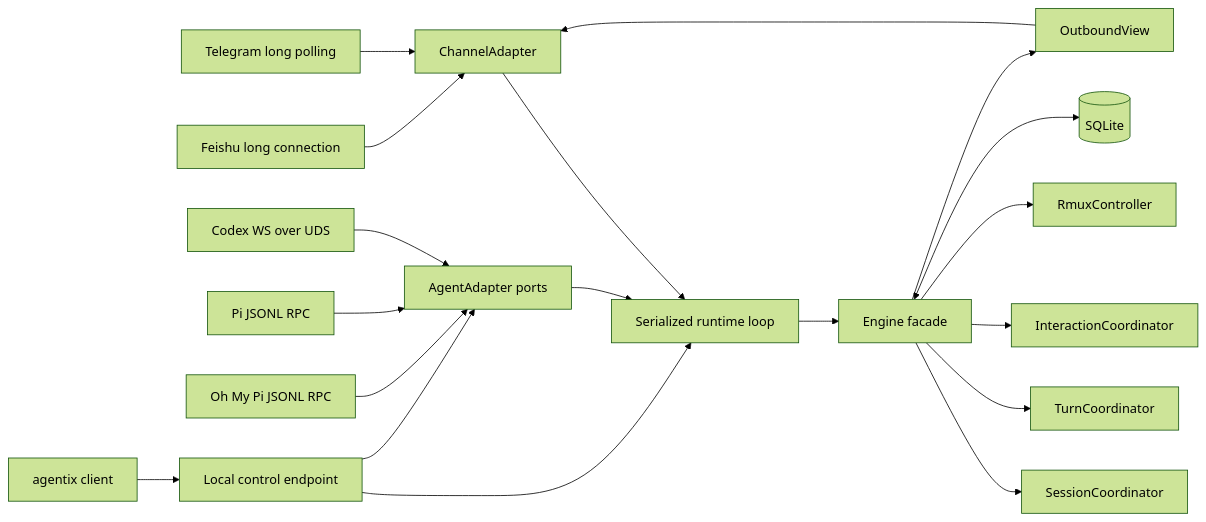
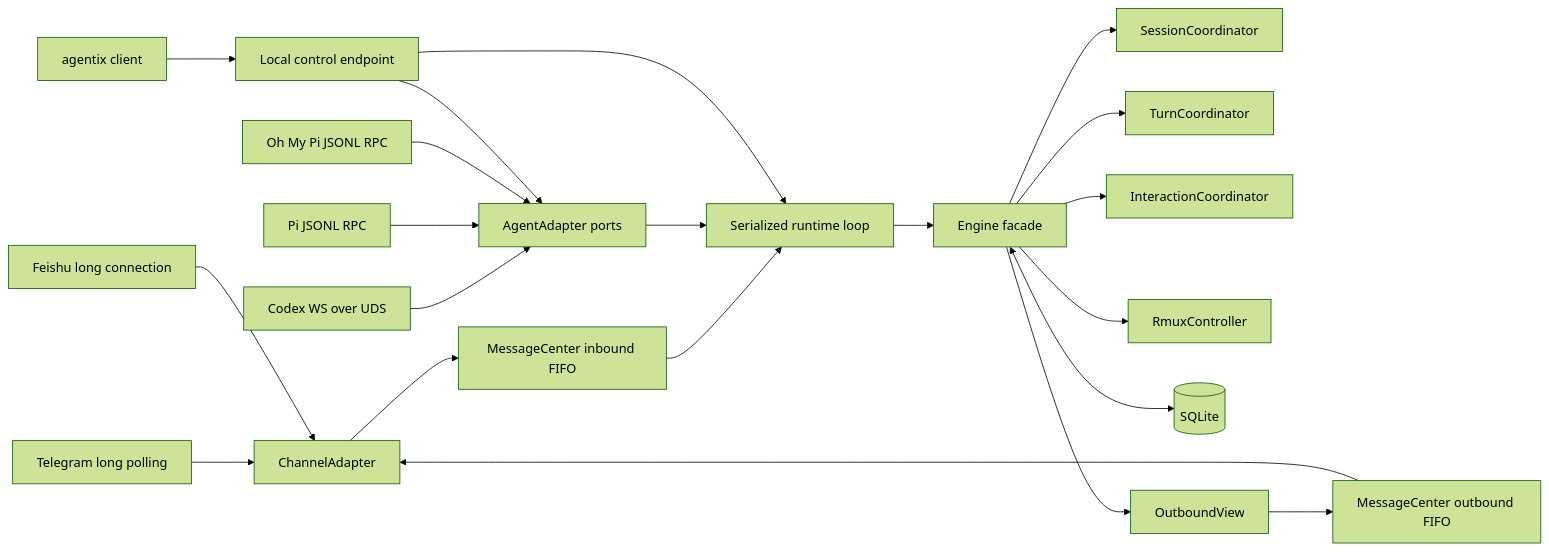
The first of 2 diagrams in docs/architecture.md (tenfyzhong/agentix), drawn with Mermaid (forest theme) before and after one commit. The commit also changed other lines of this file and 10 other files, not shown here.

Commit message:
refactor: route IM traffic through a duplex FIFO message center

````diff
--- a/docs/architecture.md
+++ b/docs/architecture.md
@@ -7,21 +7,23 @@
 ```mermaid
 flowchart LR
     TG[Telegram long polling] --> CA[ChannelAdapter]
     FS[Feishu long connection] --> CA
-    CA --> RT[Serialized runtime loop]
+    CA --> IN[MessageCenter inbound FIFO]
+    IN --> RT[Serialized runtime loop]
     AA --> RT
     RT --> E[Engine facade]
     E --> SC[SessionCoordinator]
     E --> TC[TurnCoordinator]
     E --> IC[InteractionCoordinator]
     E --> RC[RmuxController]
     E <--> DB[(SQLite)]
     E --> AV[OutboundView]
-    AV --> CA
+    AV --> OUT[MessageCenter outbound FIFO]
+    OUT --> CA
     CX[Codex WS over UDS] --> AA[AgentAdapter ports]
     PI[Pi JSONL RPC] --> AA
     OMP[Oh My Pi JSONL RPC] --> AA
     CLI[agentix client] --> CT[Local control endpoint]
     CT --> RT
     CT --> AA
 ```
````
